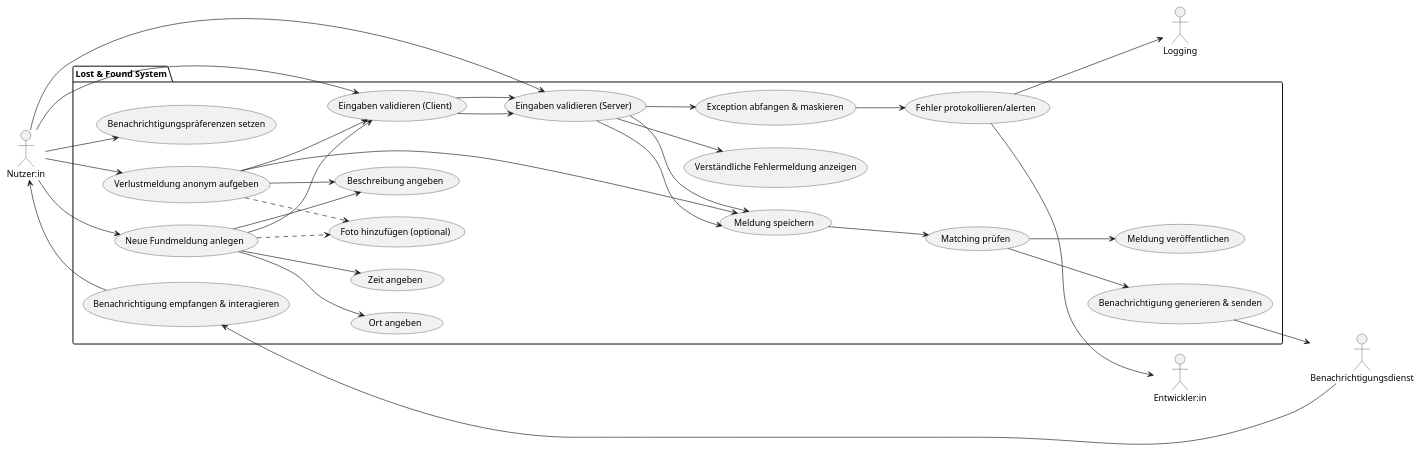
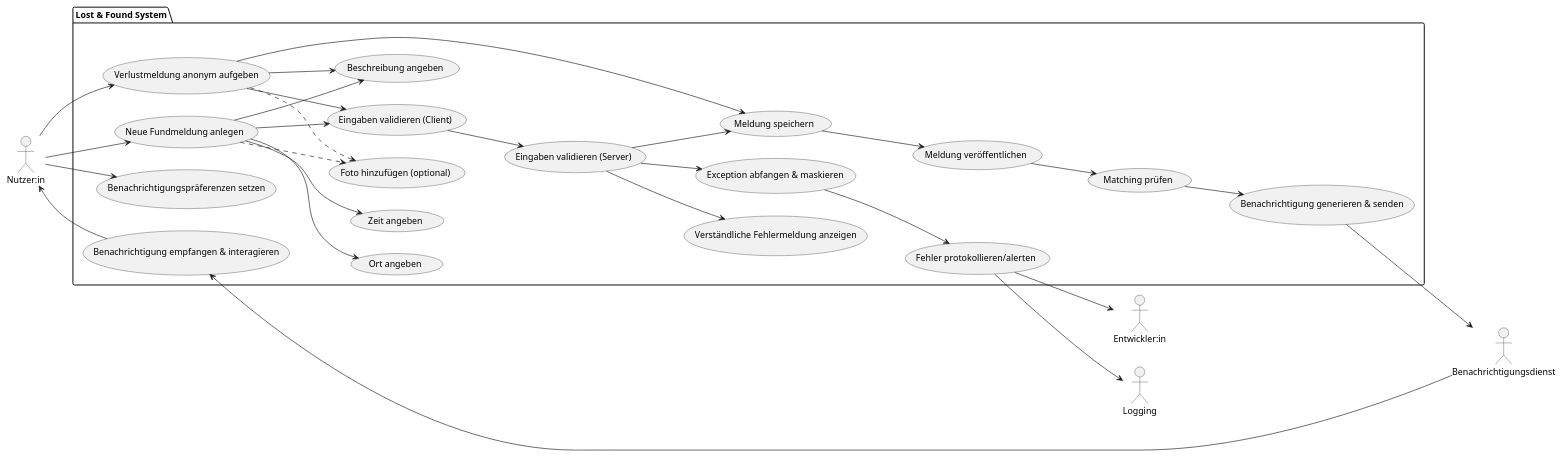
One commit to Tom0603/SoftwareEngineering_Lecture changed the diagram in docs/architecture/use-case-user-stories.puml. Above: the diagram before and after it, drawn with PlantUML.

Commit message:
Update use case user story

```diff
--- a/docs/architecture/use-case-user-stories.puml
+++ b/docs/architecture/use-case-user-stories.puml
@@ -1,65 +1,58 @@
 @startuml
 
 left to right direction
 
 actor "Nutzer:in" as stud
 actor "Entwickler:in" as dev
 actor "Logging" as log
 actor "Benachrichtigungsdienst" as notif
 
 package "Lost & Found System" {
-  usecase "Verlustmeldung anonym aufgeben" as UC11
-  usecase "Ort angeben" as UC12
-  usecase "Zeit angeben" as UC13
-  usecase "Beschreibung angeben" as UC14
-  usecase "Foto hinzufügen (optional)" as UC15
-  usecase "Meldung speichern" as UC16
-  usecase "Meldung veröffentlichen" as UC17
-
-  usecase "Eingaben validieren (Client)" as UC21
-  usecase "Eingaben validieren (Server)" as UC22
-  usecase "Verständliche Fehlermeldung anzeigen" as UC23
-  usecase "Exception abfangen & maskieren" as UC24
-  usecase "Fehler protokollieren/alerten" as UC25
-
-  usecase "Neue Fundmeldung anlegen" as UC31
-  usecase "Benachrichtigungspräferenzen setzen" as UC32
-  usecase "Matching prüfen" as UC34
-  usecase "Benachrichtigung generieren & senden" as UC35
-  usecase "Benachrichtigung empfangen & interagieren" as UC36
+  usecase "Verlustmeldung anonym aufgeben" as UC1
+  usecase "Ort angeben" as UC2
+  usecase "Zeit angeben" as UC3
+  usecase "Beschreibung angeben" as UC4
+  usecase "Foto hinzufügen (optional)" as UC5
+  usecase "Meldung speichern" as UC6
+  usecase "Meldung veröffentlichen" as UC7
+  usecase "Eingaben validieren (Client)" as UC8
+  usecase "Eingaben validieren (Server)" as UC9
+  usecase "Verständliche Fehlermeldung anzeigen" as UC10
+  usecase "Exception abfangen & maskieren" as UC11
+  usecase "Fehler protokollieren/alerten" as UC12
+  usecase "Neue Fundmeldung anlegen" as UC13
+  usecase "Benachrichtigungspräferenzen setzen" as UC14
+  usecase "Matching prüfen" as UC15
+  usecase "Benachrichtigung generieren & senden" as UC16
+  usecase "Benachrichtigung empfangen & interagieren" as UC17
 }
 
-stud --> UC11
-UC11 --> UC14
-UC11 ..> UC15
-UC11 --> UC16
-UC11 --> UC21
-UC21 --> UC22
-UC22 --> UC16
-UC16 --> UC34
-UC34 --> UC17
+stud --> UC1
+UC1 --> UC4
+UC1 ..> UC5
+UC1 --> UC6
+UC1 --> UC8
+UC8 --> UC9
+UC9 --> UC6
+UC6 --> UC7
+UC7 --> UC15
 
-stud --> UC31
-UC31 --> UC12
-UC31 --> UC13
-UC31 --> UC14
-UC31 ..> UC15
-UC31 --> UC21
-UC21 --> UC22
-UC22 --> UC16
+stud --> UC13
+UC13 --> UC2
+UC13 --> UC3
+UC13 --> UC4
+UC13 ..> UC5
+UC13 --> UC8
 
-stud --> UC32
-UC34 --> UC35
-UC35 --> notif
-notif --> UC36
-UC36 --> stud
-
-stud --> UC21
-stud --> UC22
-UC22 --> UC23
-UC22 --> UC24
-UC24 --> UC25
-UC25 --> log
-UC25 --> dev
+stud --> UC14
+UC15 --> UC16
+UC16 --> notif
+notif --> UC17
+UC17 --> stud
+UC9 --> UC10
+UC9 --> UC11
+UC11 --> UC12
+UC12 --> log
+UC12 --> dev
 
 @enduml
```
